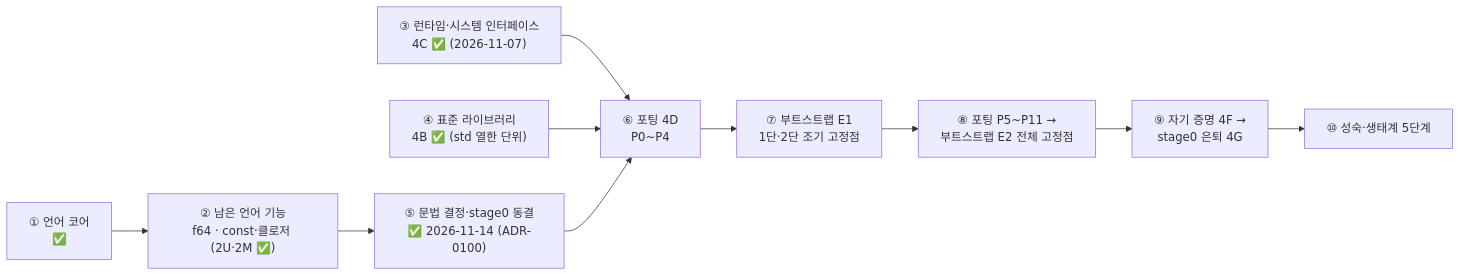
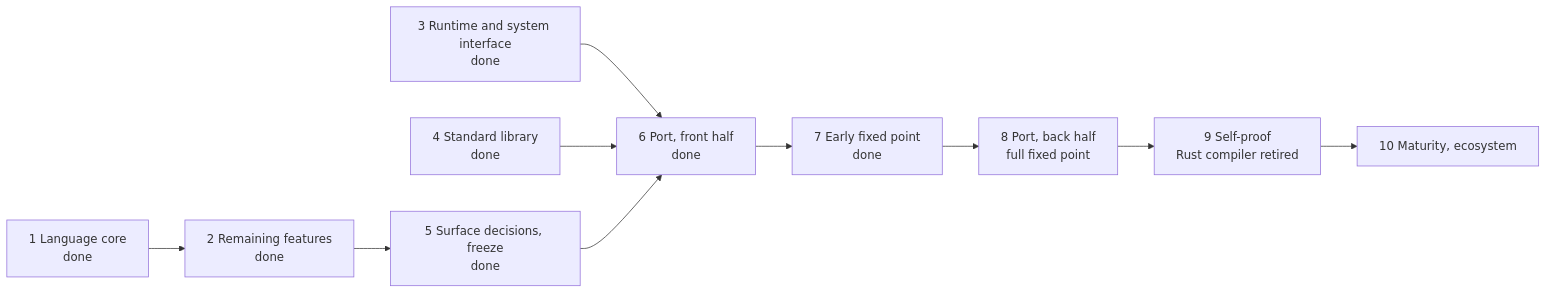
One commit to lang-bmb/lang-bmb changed the first of 2 diagrams in docs/ROADMAP.md. Above: the diagram before and after it, drawn with Mermaid. The commit also changed other lines of this file and 383 other files, not shown here.

````diff
--- a/docs/ROADMAP.md
+++ b/docs/ROADMAP.md
@@ -114,10 +36,10 @@
 ```mermaid
 flowchart LR
-    L1["① 언어 코어<br/>✅"] --> L2["② 남은 언어 기능<br/>f64 · const·클로저 (2U·2M ✅)"]
+    L1["1 Language core<br/>done"] --> L2["2 Remaining features<br/>done"]
     L2 --> L5
-    L3["③ 런타임·시스템 인터페이스<br/>4C ✅ (2026-11-07)"] --> L6
-    L4["④ 표준 라이브러리<br/>4B ✅ (std 열한 단위)"] --> L6
-    L5["⑤ 문법 결정·stage0 동결<br/>✅ 2026-11-14 (ADR-0100)"] --> L6["⑥ 포팅 4D<br/>P0~P4"]
-    L6 --> L7["⑦ 부트스트랩 E1<br/>1단·2단 조기 고정점"] --> L8["⑧ 포팅 P5~P11 →<br/>부트스트랩 E2 전체 고정점"]
-    L8 --> L9["⑨ 자기 증명 4F →<br/>stage0 은퇴 4G"] --> L10["⑩ 성숙·생태계 5단계"]
+    L3["3 Runtime and system interface<br/>done"] --> L6
+    L4["4 Standard library<br/>done"] --> L6
+    L5["5 Surface decisions, freeze<br/>done"] --> L6["6 Port, front half<br/>done"]
+    L6 --> L7["7 Early fixed point<br/>done"] --> L8["8 Port, back half<br/>full fixed point"]
+    L8 --> L9["9 Self-proof<br/>Rust compiler retired"] --> L10["10 Maturity, ecosystem"]
 ```
````
